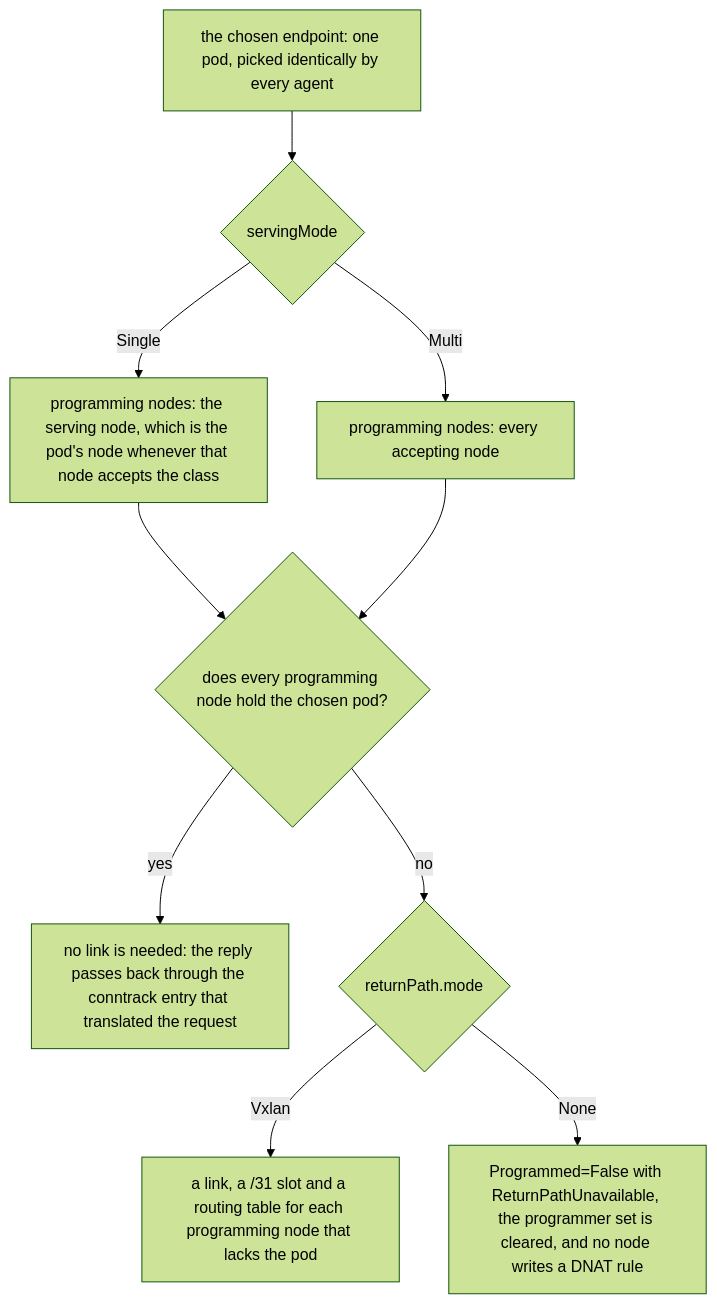
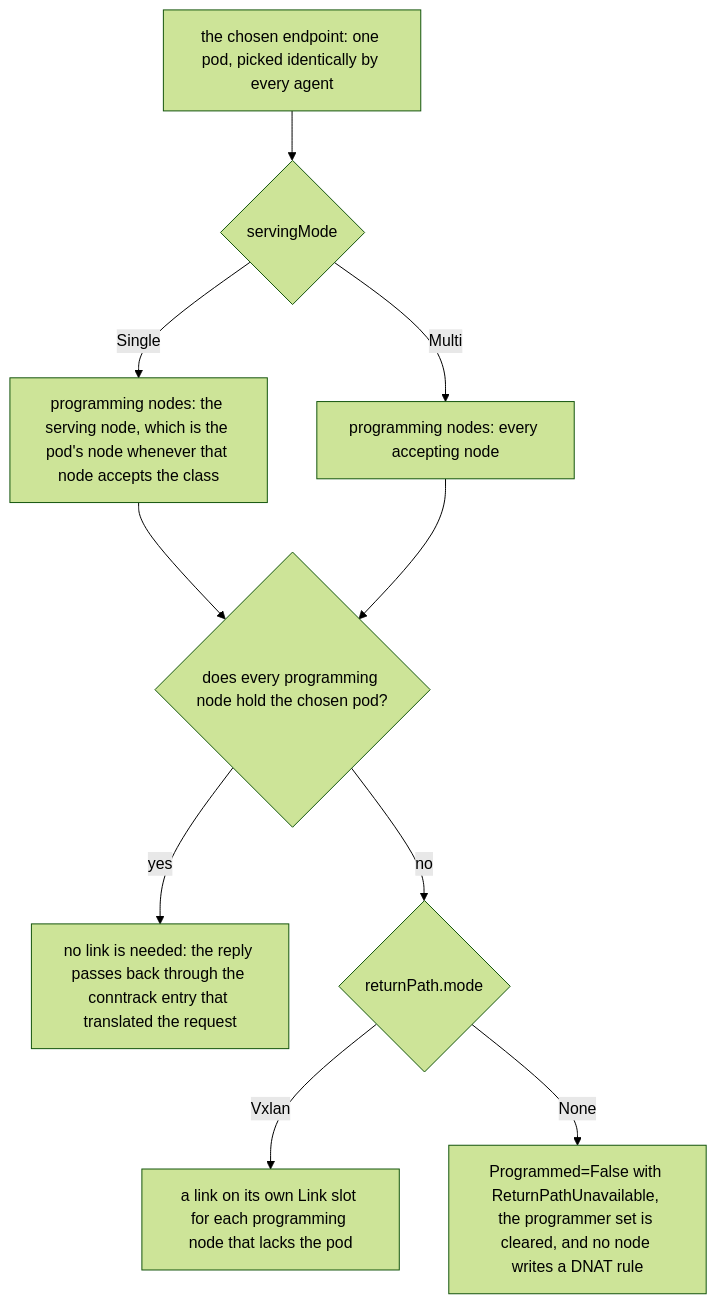
The fourth of 4 diagrams in docs/datapath.md (walzen-group/kuport), drawn with Mermaid (forest theme) before and after one commit. The commit also changed other lines of this file and 9 other files, not shown here.

````diff
--- a/docs/datapath.md
+++ b/docs/datapath.md
@@ -662,12 +671,12 @@
 ```mermaid
 flowchart TD
     A["the chosen endpoint: one pod, picked identically by every agent"] --> B{"servingMode"}
     B -- Single --> C["programming nodes: the serving node, which is the pod's node whenever that node accepts the class"]
     B -- Multi --> D["programming nodes: every accepting node"]
     C --> E{"does every programming node hold the chosen pod?"}
     D --> E
     E -- yes --> F["no link is needed: the reply passes back through the conntrack entry that translated the request"]
     E -- no --> G{"returnPath.mode"}
-    G -- Vxlan --> H["a link, a /31 slot and a routing table for each programming node that lacks the pod"]
+    G -- Vxlan --> H["a link on its own Link slot for each programming node that lacks the pod"]
     G -- None --> I["Programmed=False with ReturnPathUnavailable, the programmer set is cleared, and no node writes a DNAT rule"]
 ```
````
